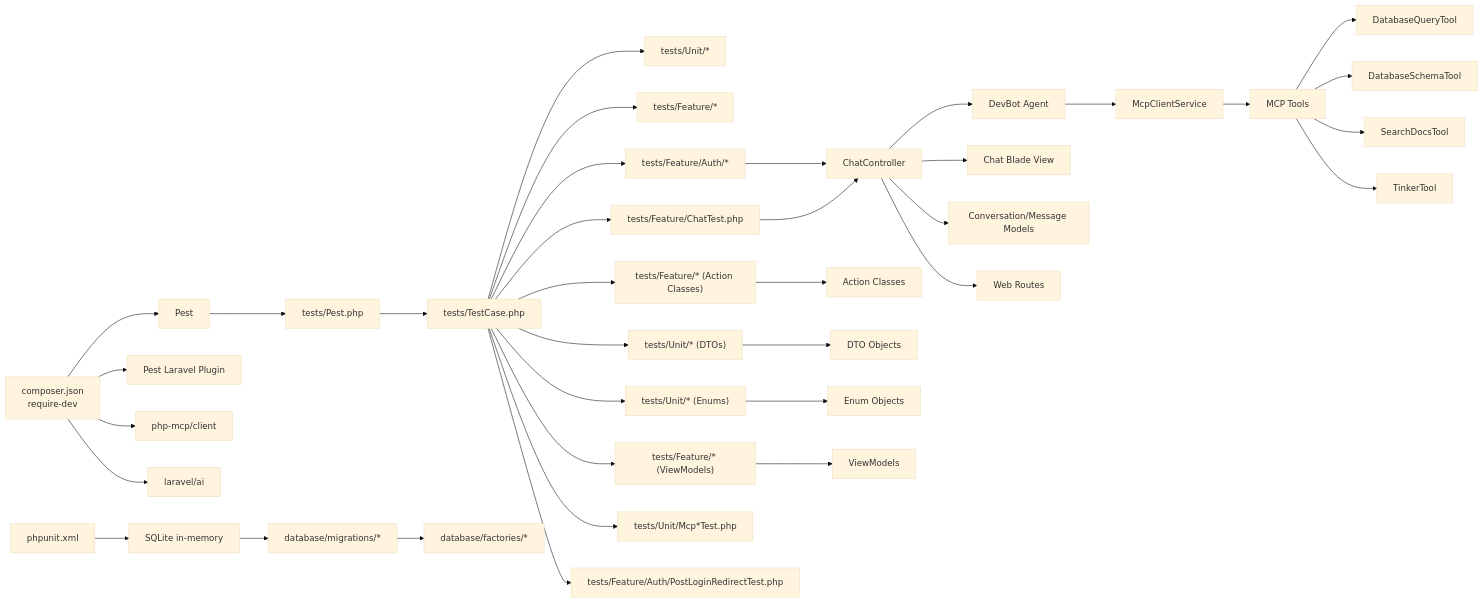
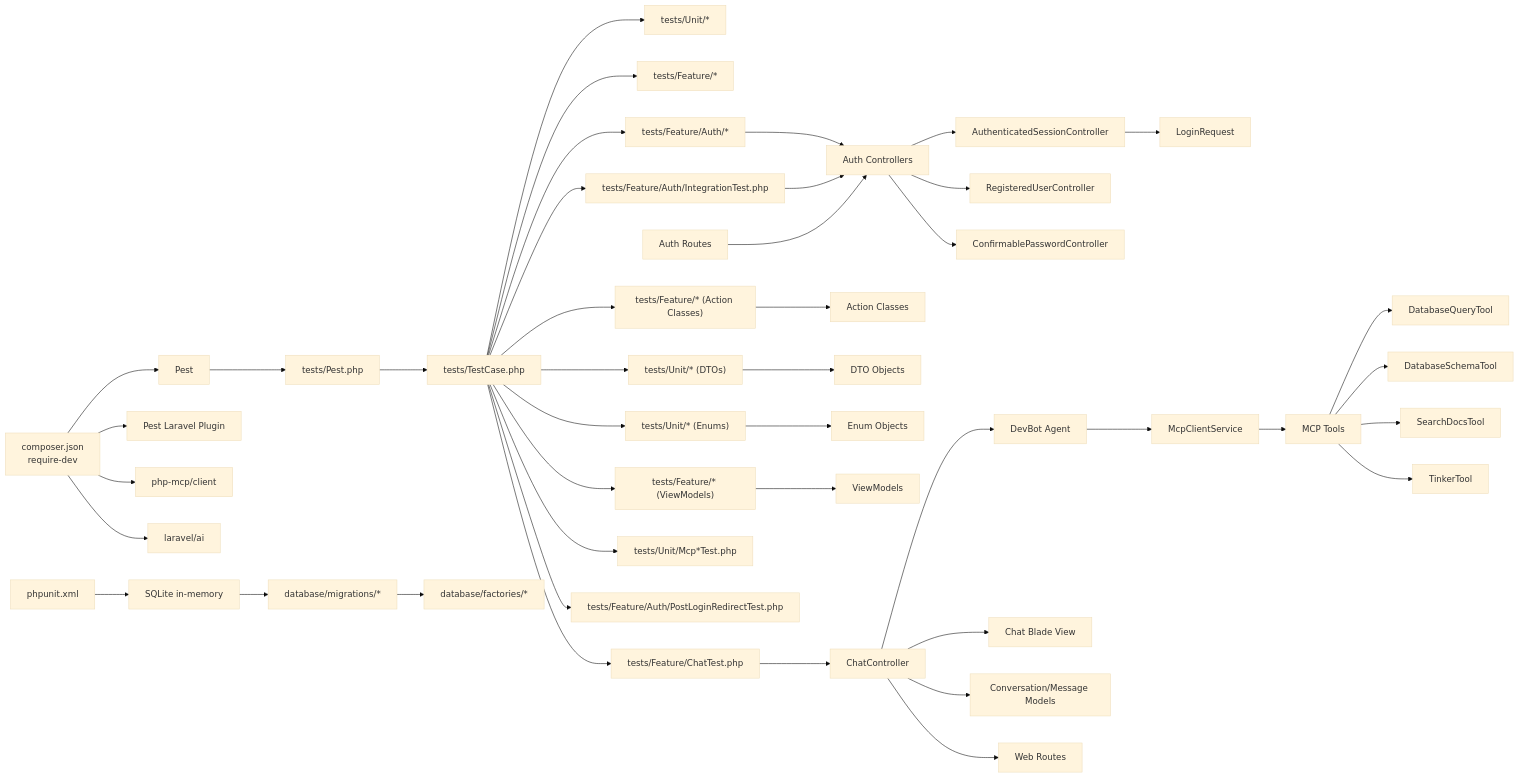
One commit to siimliimand/laravel-assistant changed diagram 13 of 13 in .qoder/repowiki/en/content/Testing Infrastructure/Testing Infrastructure.md. Above: the diagram before and after it, drawn with Mermaid (base theme). The commit also changed other lines of this file and 6 other files, not shown here.

First line of the commit message:
feat(database): add project management schema with ownership and status tracking

````diff
--- a/.qoder/repowiki/en/content/Testing Infrastructure/Testing Infrastructure.md
+++ b/.qoder/repowiki/en/content/Testing Infrastructure/Testing Infrastructure.md
@@ -1145,38 +1237,45 @@
 ```mermaid
 graph LR
 Composer["composer.json<br/>require-dev"] --> PestDep["Pest"]
 Composer --> PestLaravelPlugin["Pest Laravel Plugin"]
 Composer --> McpLib["php-mcp/client"]
 Composer --> LaravelAI["laravel/ai"]
 PestDep --> PestBootstrap["tests/Pest.php"]
 PestBootstrap --> BaseTC["tests/TestCase.php"]
 BaseTC --> UnitTests["tests/Unit/*"]
 BaseTC --> FeatureTests["tests/Feature/*"]
 BaseTC --> AuthTests["tests/Feature/Auth/*"]
+BaseTC --> AuthIntTests["tests/Feature/Auth/IntegrationTest.php"]
 BaseTC --> ActionTests["tests/Feature/* (Action Classes)"]
 BaseTC --> DTOs["tests/Unit/* (DTOs)"]
 BaseTC --> Enums["tests/Unit/* (Enums)"]
 BaseTC --> ViewModelTests["tests/Feature/* (ViewModels)"]
 BaseTC --> ChatTests["tests/Feature/ChatTest.php"]
 BaseTC --> McpTests["tests/Unit/Mcp*Test.php"]
 BaseTC --> PostLoginTests["tests/Feature/Auth/PostLoginRedirectTest.php"]
 PHPUnitXML["phpunit.xml"] --> DBConfig["SQLite in-memory"]
 DBConfig --> Migrations["database/migrations/*"]
 Migrations --> Factories["database/factories/*"]
-AuthTests --> Controller["ChatController"]
+AuthTests --> AuthControllers["Auth Controllers"]
+AuthIntTests --> AuthControllers
+AuthControllers --> LoginController["AuthenticatedSessionController"]
+AuthControllers --> RegisterController["RegisteredUserController"]
+AuthControllers --> ConfirmController["ConfirmablePasswordController"]
+LoginController --> LoginRequest["LoginRequest"]
 ActionTests --> AC["Action Classes"]
 DTOs --> DTOObjects["DTO Objects"]
 Enums --> EnumObjects["Enum Objects"]
 ViewModelTests --> VMOD["ViewModels"]
-ChatTests --> Controller
-Controller --> DevBot["DevBot Agent"]
+ChatTests --> ChatController["ChatController"]
+ChatController --> DevBot["DevBot Agent"]
 DevBot --> McpClient["McpClientService"]
 McpClient --> McpTools["MCP Tools"]
 McpTools --> DatabaseQuery["DatabaseQueryTool"]
 McpTools --> DatabaseSchema["DatabaseSchemaTool"]
 McpTools --> SearchDocs["SearchDocsTool"]
 McpTools --> Tinker["TinkerTool"]
-Controller --> Views["Chat Blade View"]
-Controller --> Models["Conversation/Message Models"]
-Controller --> Routes["Web Routes"]
+ChatController --> Views["Chat Blade View"]
+ChatController --> Models["Conversation/Message Models"]
+ChatController --> Routes["Web Routes"]
+AuthRoutes["Auth Routes"] --> AuthControllers
 ```
````
